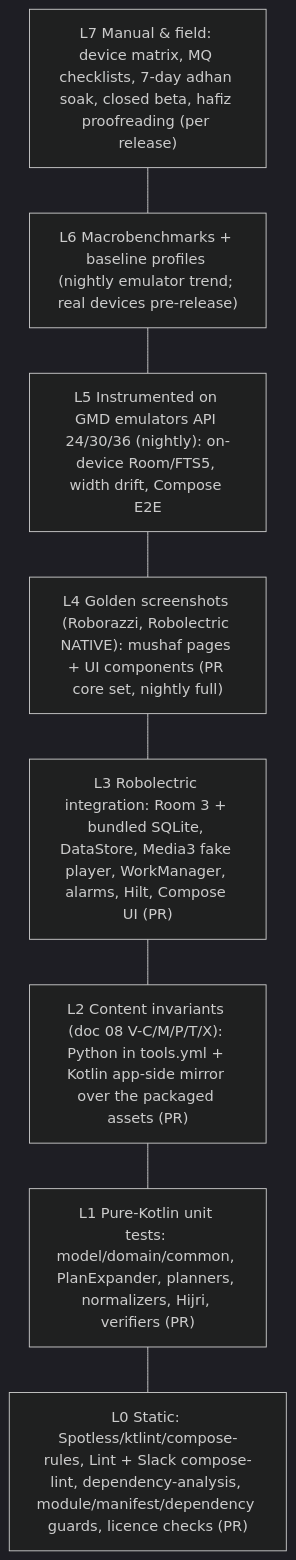
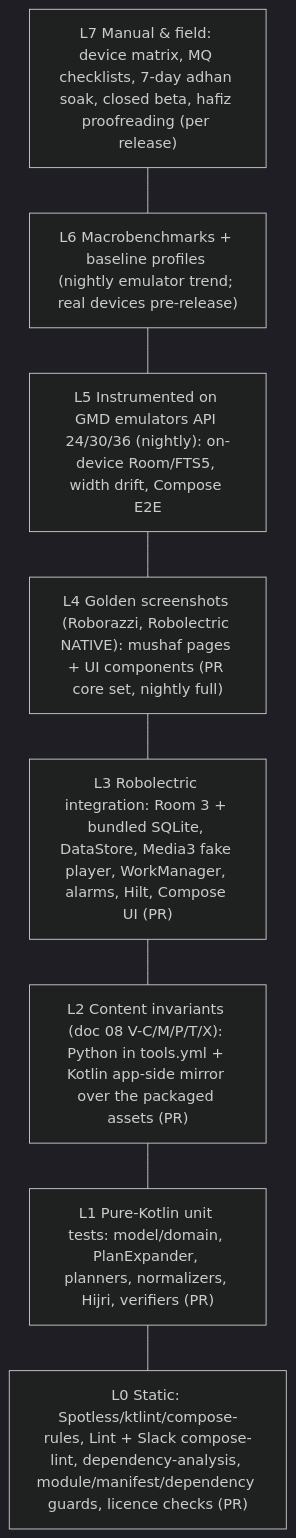
One commit to Chughtaie/criterion changed the first of 3 diagrams in docs/plan/10-quality-testing-ci.md. Above: the diagram before and after it, drawn with Mermaid (dark theme). The commit also changed other lines of this file and 12 other files, not shown here.

````diff
--- a/docs/plan/10-quality-testing-ci.md
+++ b/docs/plan/10-quality-testing-ci.md
@@ -74,12 +93,12 @@
 ```mermaid
 flowchart TB
   L7["L7 Manual & field: device matrix, MQ checklists, 7-day adhan soak, closed beta, hafiz proofreading (per release)"]
   L6["L6 Macrobenchmarks + baseline profiles (nightly emulator trend; real devices pre-release)"]
   L5["L5 Instrumented on GMD emulators API 24/30/36 (nightly): on-device Room/FTS5, width drift, Compose E2E"]
   L4["L4 Golden screenshots (Roborazzi, Robolectric NATIVE): mushaf pages + UI components (PR core set, nightly full)"]
   L3["L3 Robolectric integration: Room 3 + bundled SQLite, DataStore, Media3 fake player, WorkManager, alarms, Hilt, Compose UI (PR)"]
   L2["L2 Content invariants (doc 08 V-C/M/P/T/X): Python in tools.yml + Kotlin app-side mirror over the packaged assets (PR)"]
-  L1["L1 Pure-Kotlin unit tests: model/domain/common, PlanExpander, planners, normalizers, Hijri, verifiers (PR)"]
+  L1["L1 Pure-Kotlin unit tests: model/domain, PlanExpander, planners, normalizers, Hijri, verifiers (PR)"]
   L0["L0 Static: Spotless/ktlint/compose-rules, Lint + Slack compose-lint, dependency-analysis, module/manifest/dependency guards, licence checks (PR)"]
   L7 --- L6 --- L5 --- L4 --- L3 --- L2 --- L1 --- L0
 ```
````
